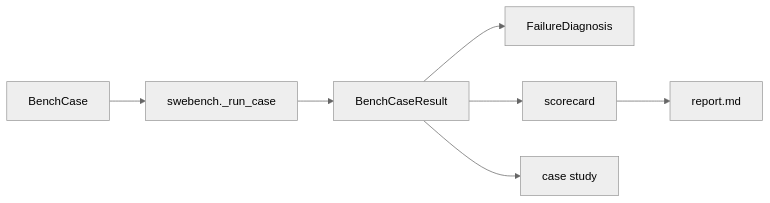
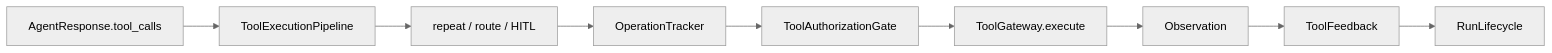
The fifth of 5 diagrams in docs/guides/code-reading-map.md (semi-hollow/NanoHarness), drawn with Mermaid (neutral theme) before and after one commit. The commit also changed other lines of this file and 234 other files, not shown here.

Commit message:
Refactor capability boundaries and architecture

````diff
--- a/docs/guides/code-reading-map.md
+++ b/docs/guides/code-reading-map.md
@@ -250,9 +198,11 @@
 ```mermaid
 flowchart LR
-    Case["BenchCase"] --> Runner["swebench._run_case"]
-    Runner --> Result["BenchCaseResult"]
-    Result --> Diagnosis["FailureDiagnosis"]
-    Result --> Scorecard["scorecard"]
-    Result --> CaseStudy["case study"]
-    Scorecard --> Report["report.md"]
+    Response["AgentResponse.tool_calls"] --> Pipeline["ToolExecutionPipeline"]
+    Pipeline --> Barrier["repeat / route / HITL"]
+    Barrier --> Tracker["OperationTracker"]
+    Tracker --> Gate["ToolAuthorizationGate"]
+    Gate --> Registry["ToolGateway.execute"]
+    Registry --> Observation["Observation"]
+    Observation --> Feedback["ToolFeedback"]
+    Feedback --> Lifecycle["RunLifecycle"]
 ```
````
